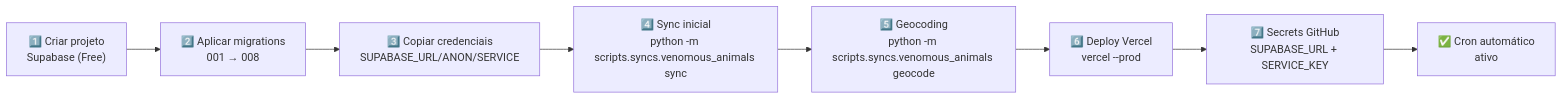
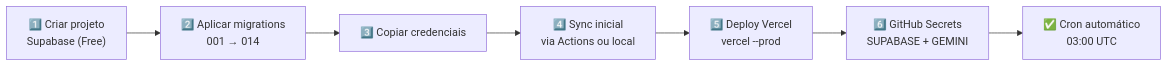
Before and after one commit to Codar-Sistemas/hospitais-referencia-api: the fourth of 4 diagrams in README.md, drawn with Mermaid. The commit also changed other lines of this file, not shown here.

````diff
--- a/README.md
+++ b/README.md
@@ -530,10 +527,9 @@
 ```mermaid
 graph LR
-    A["1️⃣ Criar projeto<br/>Supabase (Free)"] --> B["2️⃣ Aplicar migrations<br/>001 → 008"]
-    B --> C["3️⃣ Copiar credenciais<br/>SUPABASE_URL/ANON/SERVICE"]
-    C --> D["4️⃣ Sync inicial<br/>python -m scripts.syncs.venomous_animals sync"]
-    D --> E["5️⃣ Geocoding<br/>python -m scripts.syncs.venomous_animals geocode"]
-    E --> F["6️⃣ Deploy Vercel<br/>vercel --prod"]
-    F --> G["7️⃣ Secrets GitHub<br/>SUPABASE_URL + SERVICE_KEY"]
-    G --> H["✅ Cron automático<br/>ativo"]
+    A["1️⃣ Criar projeto<br/>Supabase (Free)"] --> B["2️⃣ Aplicar migrations<br/>001 → 014"]
+    B --> C["3️⃣ Copiar credenciais"]
+    C --> D["4️⃣ Sync inicial<br/>via Actions ou local"]
+    D --> E["5️⃣ Deploy Vercel<br/>vercel --prod"]
+    E --> F["6️⃣ GitHub Secrets<br/>SUPABASE + GEMINI"]
+    F --> G["✅ Cron automático<br/>03:00 UTC"]
 ```
````
